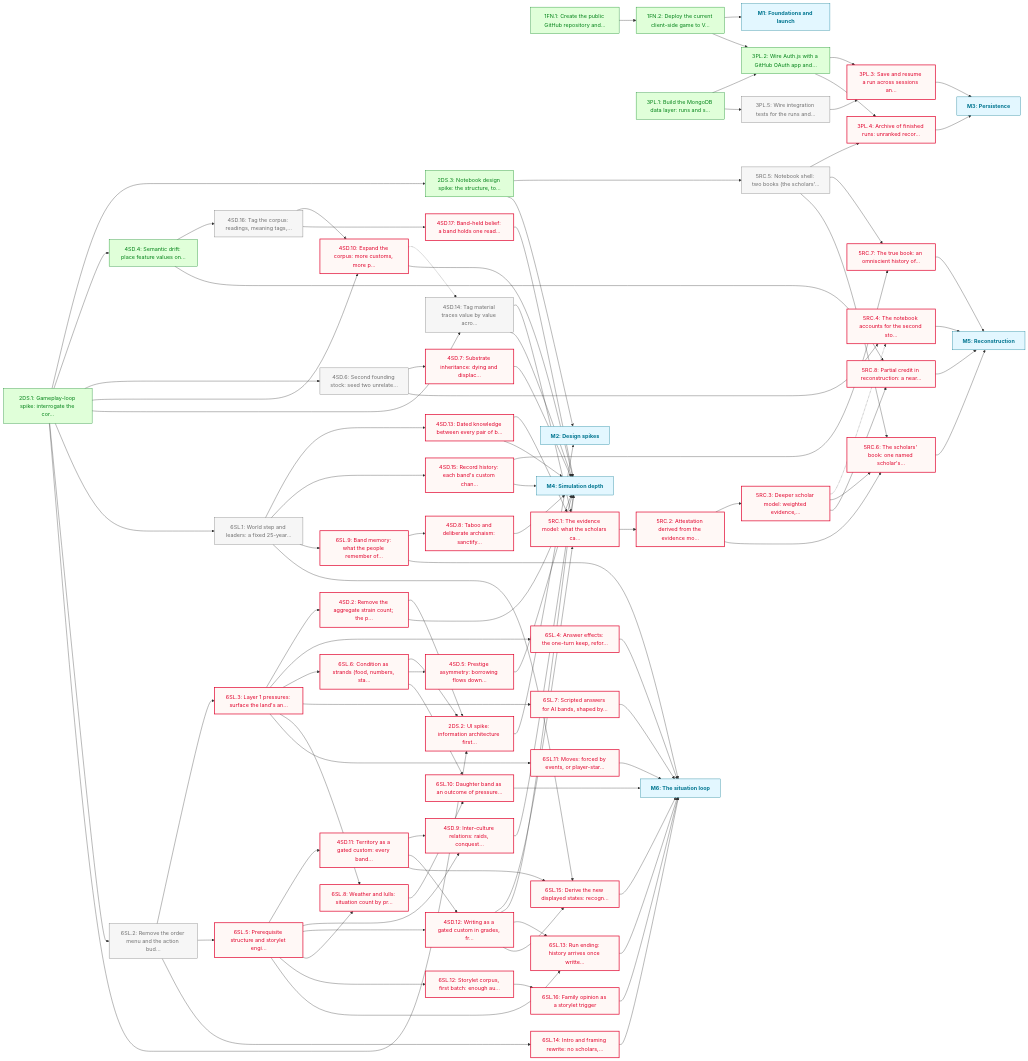
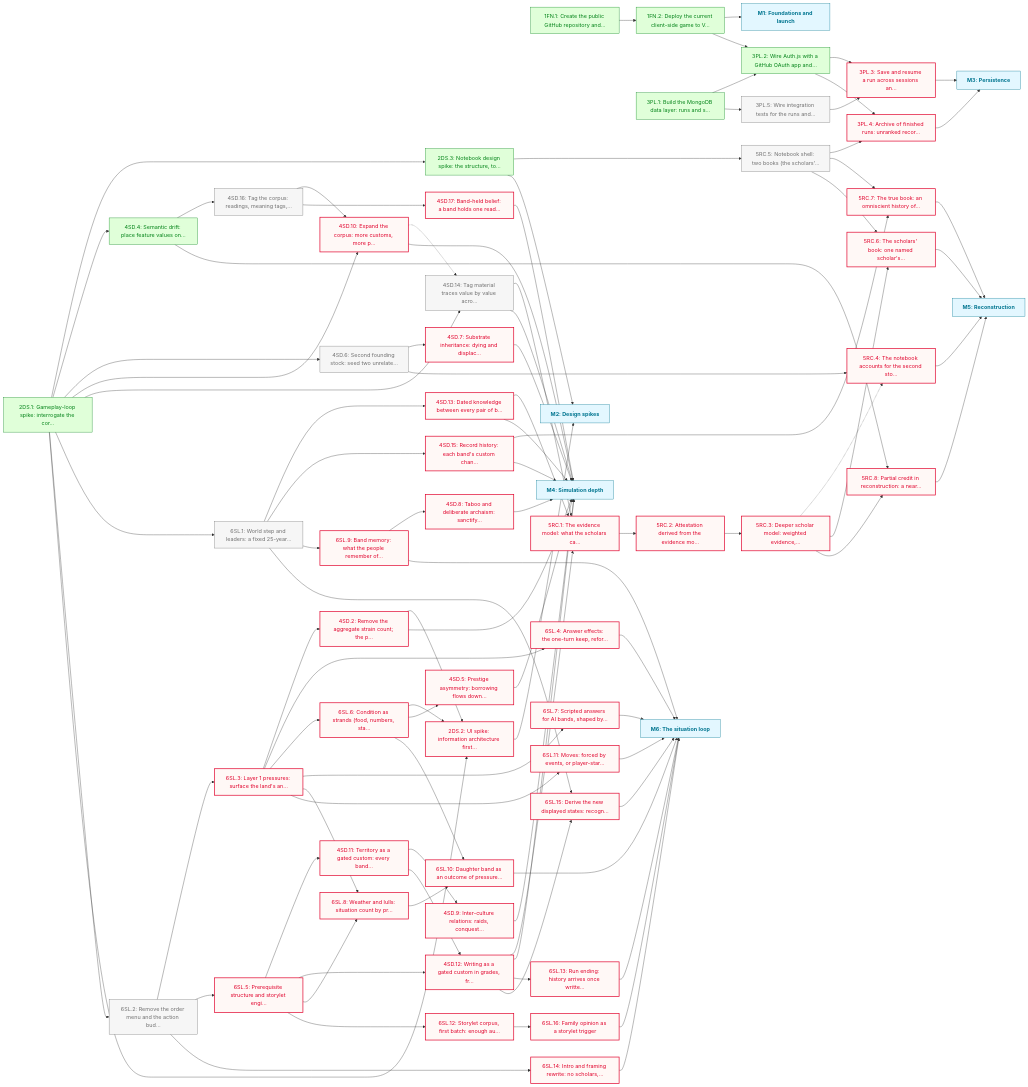
Before and after one commit to JasonWarrenUK/urheimat: the diagram in docs/roadmaps/PHASE_1.md, drawn with Mermaid. The commit also changed other lines of this file and 2 other files, not shown here.

First line of the commit message:
refactor(roadmap): drop four transitively redundant dependencies

```diff
--- a/docs/roadmaps/PHASE_1.md
+++ b/docs/roadmaps/PHASE_1.md
@@ -267,14 +267,11 @@
 	4SD.2 --> M4
 	6SL.4 --> M6
 	6SL.5 --> 4SD.11
-	6SL.5 --> 4SD.9
 	6SL.5 --> 4SD.12
 	6SL.5 --> 6SL.8
 	6SL.5 --> 6SL.12
-	6SL.5 --> 6SL.13
 	4SD.11 --> 4SD.9
 	4SD.11 --> 4SD.12
-	4SD.11 --> 6SL.15
 	4SD.9 --> M4
 	4SD.12 --> 5RC.1
 	4SD.12 --> M4
@@ -282,7 +279,6 @@
 	4SD.12 --> 6SL.15
 	5RC.1 --> 5RC.2
 	5RC.2 --> 5RC.3
-	5RC.2 --> 5RC.6
 	5RC.3 -.-> 5RC.4
 	5RC.3 --> 5RC.6
 	5RC.3 --> 5RC.8
```
